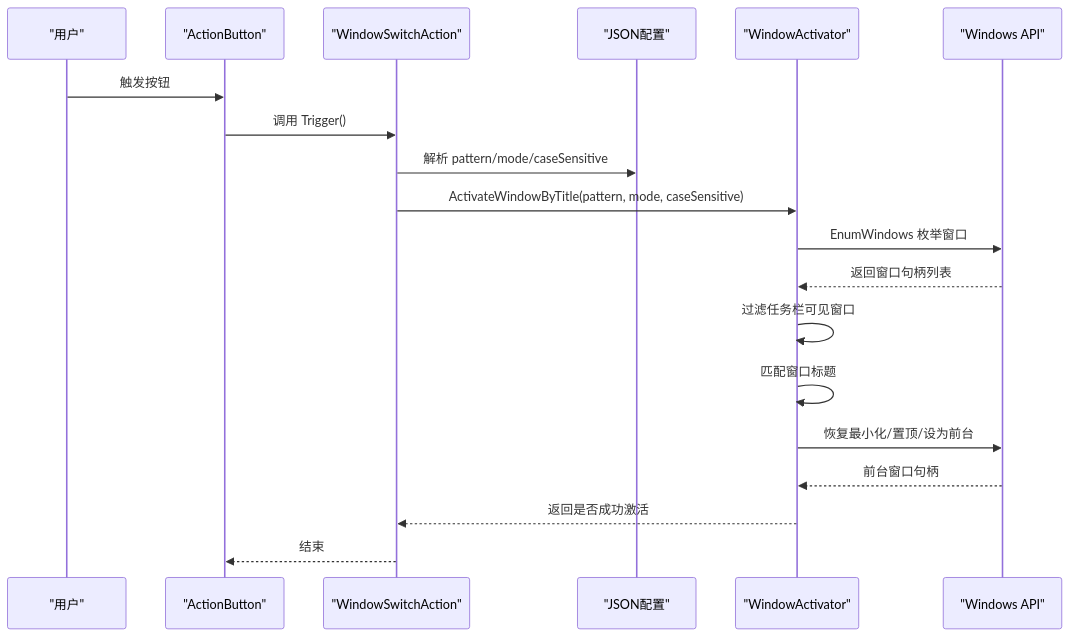
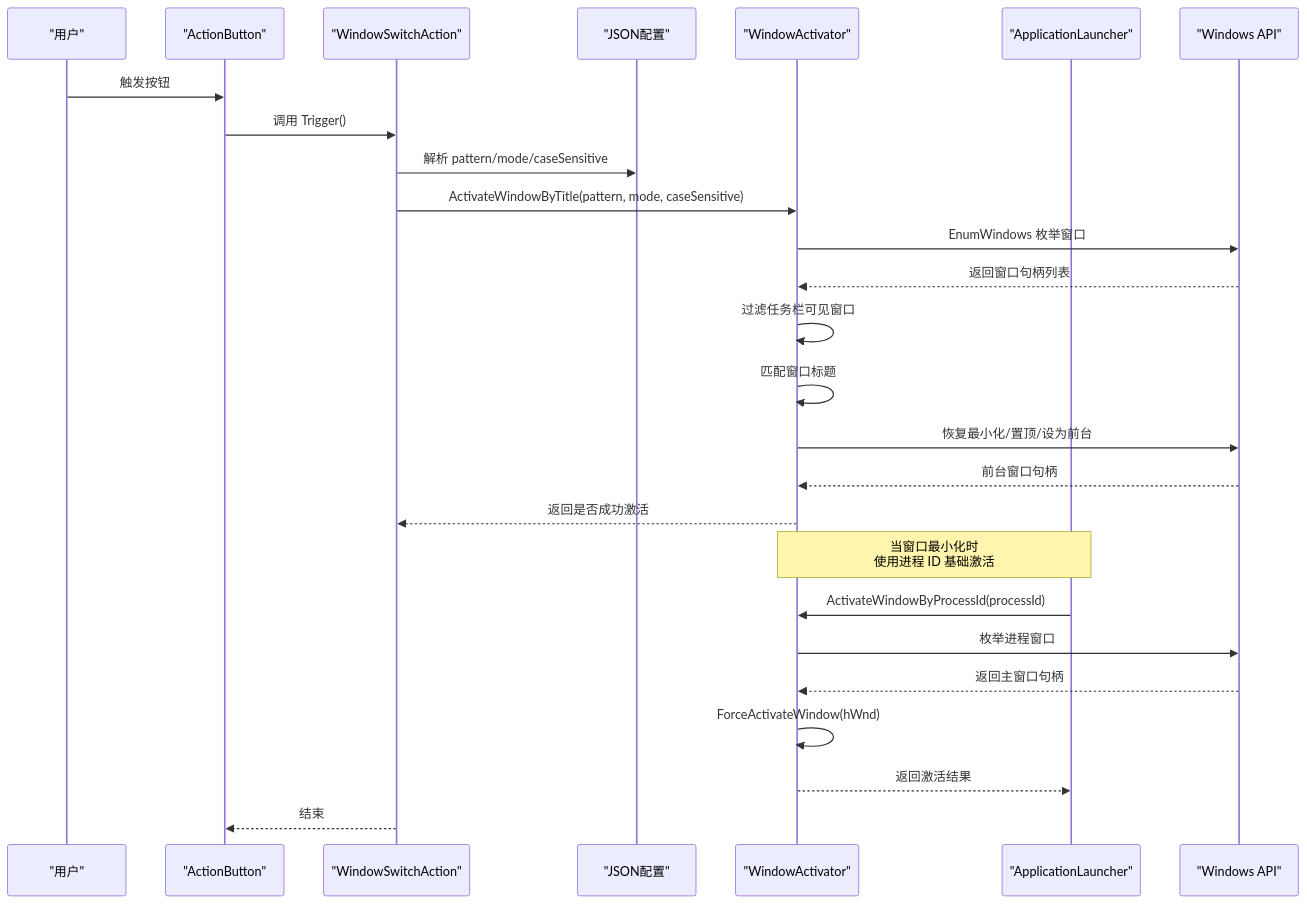
One commit to tea4go/Macro-Deck-Windows-Utils-Plugin changed the second of 6 diagrams in .qoder/repowiki/zh/content/核心功能/窗口管理系统.md. Above: the diagram before and after it, drawn with Mermaid. The commit also changed other lines of this file and 16 other files, not shown here.

````diff
--- a/.qoder/repowiki/zh/content/核心功能/窗口管理系统.md
+++ b/.qoder/repowiki/zh/content/核心功能/窗口管理系统.md
@@ -104,21 +118,28 @@
 ```mermaid
 sequenceDiagram
 participant User as "用户"
 participant Button as "ActionButton"
 participant Action as "WindowSwitchAction"
 participant Config as "JSON配置"
 participant Activator as "WindowActivator"
+participant Service as "ApplicationLauncher"
 participant OS as "Windows API"
 User->>Button : 触发按钮
 Button->>Action : 调用 Trigger()
 Action->>Config : 解析 pattern/mode/caseSensitive
 Action->>Activator : ActivateWindowByTitle(pattern, mode, caseSensitive)
 Activator->>OS : EnumWindows 枚举窗口
 OS-->>Activator : 返回窗口句柄列表
 Activator->>Activator : 过滤任务栏可见窗口
 Activator->>Activator : 匹配窗口标题
 Activator->>OS : 恢复最小化/置顶/设为前台
 OS-->>Activator : 前台窗口句柄
 Activator-->>Action : 返回是否成功激活
+Note over Service,Activator : 当窗口最小化时<br/>使用进程 ID 基础激活
+Service->>Activator : ActivateWindowByProcessId(processId)
+Activator->>OS : 枚举进程窗口
+OS-->>Activator : 返回主窗口句柄
+Activator->>Activator : ForceActivateWindow(hWnd)
+Activator-->>Service : 返回激活结果
 Action-->>Button : 结束
 ```
````
